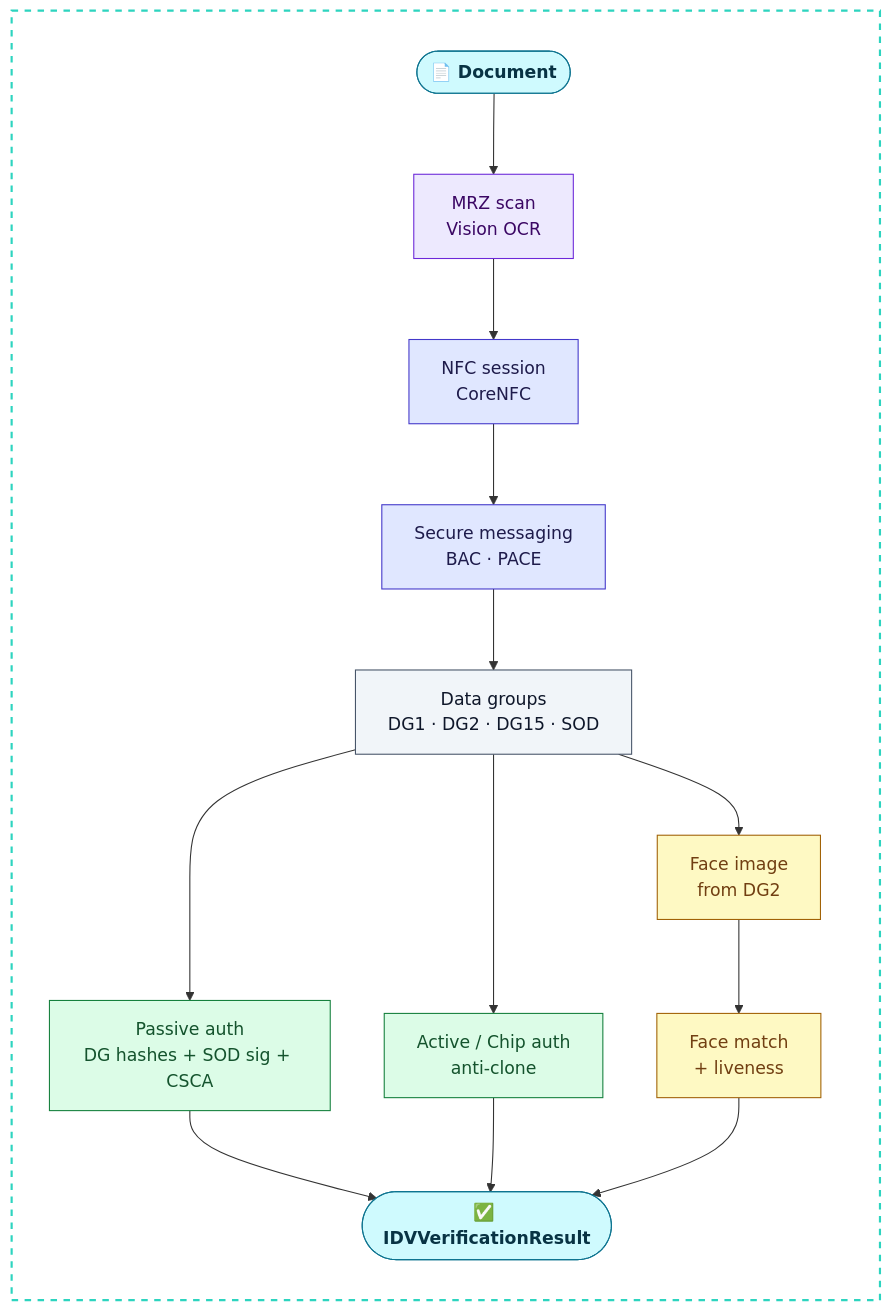
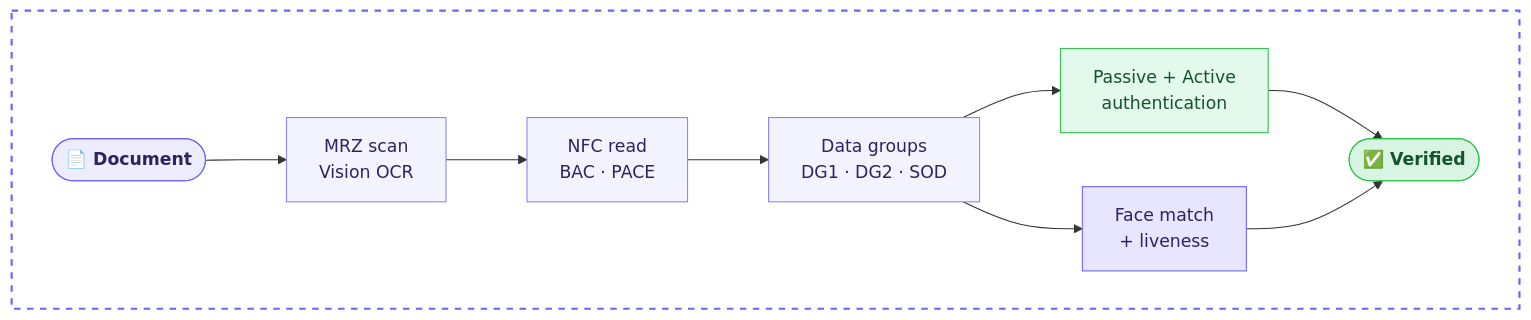
One commit to masadchattha/IDVKit changed the diagram in README.md. Above: the diagram before and after it, drawn with Mermaid. The commit also changed other lines of this file, not shown here.

Commit message:
docs: horizontal architecture diagram in SDK colors (indigo/green)

````diff
--- a/README.md
+++ b/README.md
@@ -322,25 +322,20 @@
 ```mermaid
-flowchart TB
+flowchart LR
   subgraph device[" "]
-    direction TB
-    A([📄 Document]):::io --> B[MRZ scan<br/>Vision OCR]:::scan
-    B --> C[NFC session<br/>CoreNFC]:::nfc
-    C --> D[Secure messaging<br/>BAC · PACE]:::nfc
-    D --> E[Data groups<br/>DG1 · DG2 · DG15 · SOD]:::data
-    E --> F[Passive auth<br/>DG hashes + SOD sig + CSCA]:::verify
-    E --> G[Active / Chip auth<br/>anti-clone]:::verify
-    E --> H[Face image<br/>from DG2]:::face
-    H --> I[Face match<br/>+ liveness]:::face
-    F --> R([✅ IDVVerificationResult]):::io
-    G --> R
-    I --> R
+    direction LR
+    A([📄 Document]):::io --> B[MRZ scan<br/>Vision OCR]:::step
+    B --> C[NFC read<br/>BAC · PACE]:::step
+    C --> E[Data groups<br/>DG1 · DG2 · SOD]:::step
+    E --> F[Passive + Active<br/>authentication]:::verify
+    E --> H[Face match<br/>+ liveness]:::face
+    F --> R([✅ Verified]):::result
+    H --> R
   end
 
-  classDef io fill:#cffafe,stroke:#0e7490,color:#083344,font-weight:bold
-  classDef scan fill:#ede9fe,stroke:#6d28d9,color:#3b0764
-  classDef nfc fill:#e0e7ff,stroke:#4338ca,color:#1e1b4b
-  classDef data fill:#f1f5f9,stroke:#475569,color:#0f172a
-  classDef verify fill:#dcfce7,stroke:#15803d,color:#14532d
-  classDef face fill:#fef9c3,stroke:#a16207,color:#713f12
-  style device fill:#ffffff09,stroke:#2dd4bf,stroke-width:2px,stroke-dasharray:6 6
+  classDef io fill:#eeedff,stroke:#6c63ff,color:#2a2560,font-weight:bold
+  classDef step fill:#f3f2ff,stroke:#8b84ff,color:#2a2560
+  classDef verify fill:#e3f9ec,stroke:#30c04e,color:#14532d
+  classDef face fill:#e7e5ff,stroke:#6c63ff,color:#2a2560
+  classDef result fill:#d7f5e2,stroke:#30c04e,color:#14532d,font-weight:bold
+  style device fill:#ffffff00,stroke:#6c63ff,stroke-width:2px,stroke-dasharray:6 6
 ```
````
